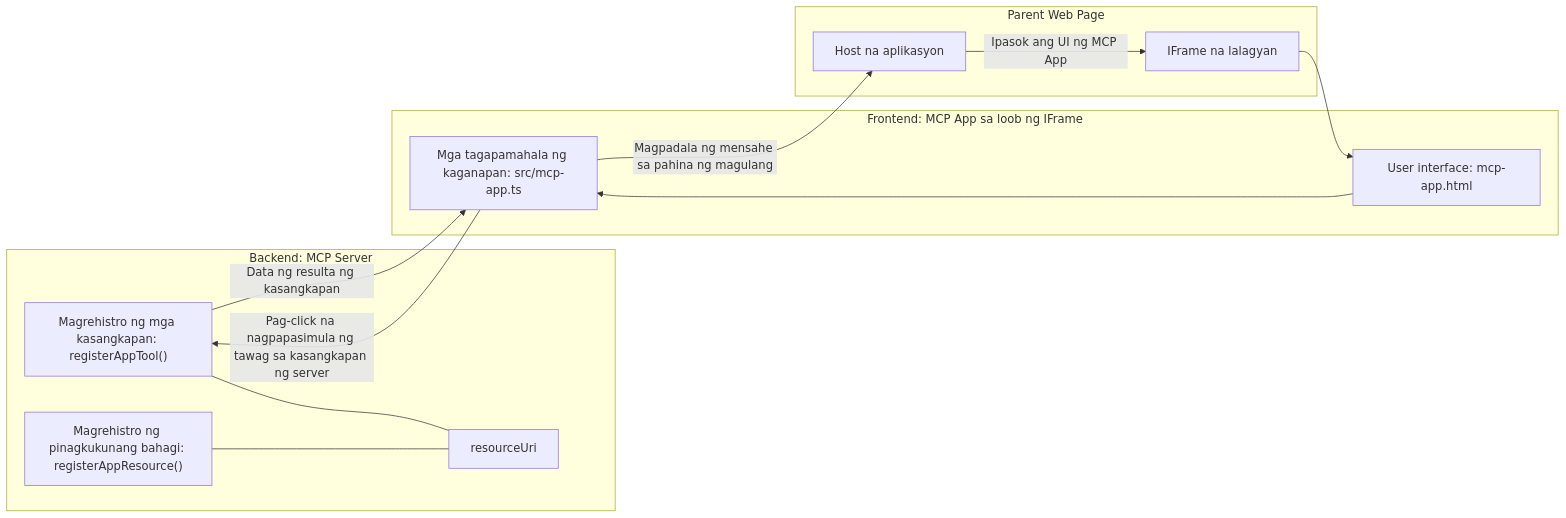
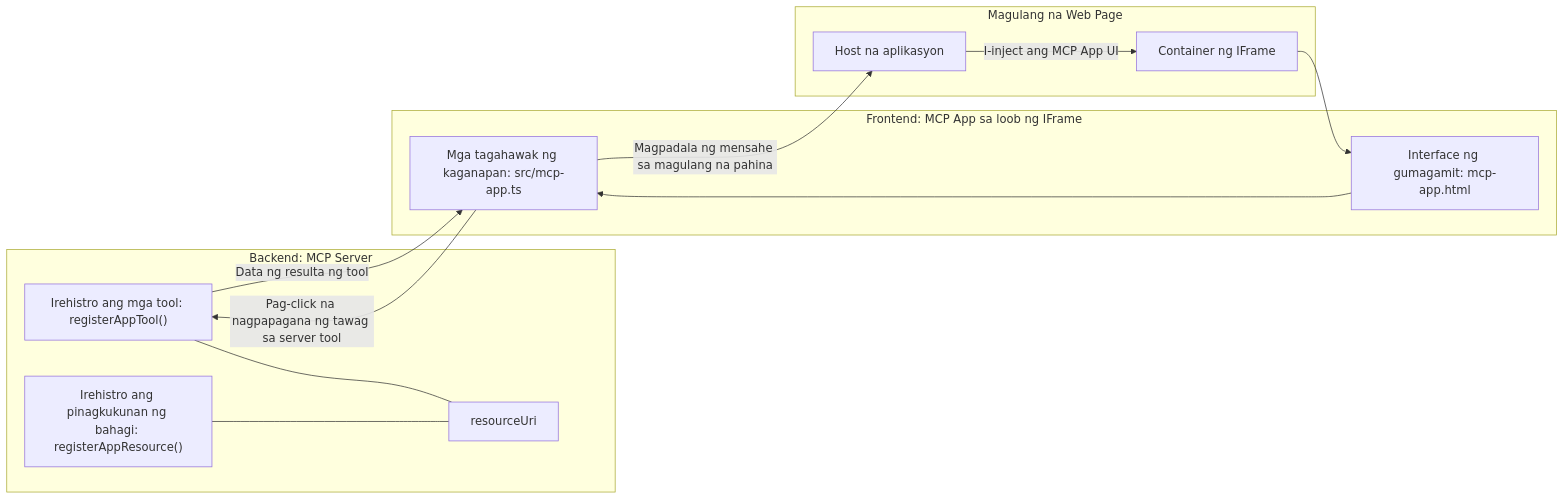
The diagram in mcp_ecosystem__model_context_protocol/mcp_learning_resources/mcp-for-beginners/translations/tl/03-GettingStarted/15-mcp-apps/README.md (HIDORAKAI002/ai-workspace-archive), drawn with Mermaid before and after one commit. The commit also changed other lines of this file and 1160 other files, not shown here.

````diff
--- a/mcp_ecosystem__model_context_protocol/mcp_learning_resources/mcp-for-beginners/translations/tl/03-GettingStarted/15-mcp-apps/README.md
+++ b/mcp_ecosystem__model_context_protocol/mcp_learning_resources/mcp-for-beginners/translations/tl/03-GettingStarted/15-mcp-apps/README.md
@@ -32,27 +32,27 @@
 ```mermaid
 flowchart LR
   subgraph Backend[Backend: MCP Server]
-    T["Magrehistro ng mga kasangkapan: registerAppTool()"]
-    C["Magrehistro ng pinagkukunang bahagi: registerAppResource()"]
+    T["Irehistro ang mga tool: registerAppTool()"]
+    C["Irehistro ang pinagkukunan ng bahagi: registerAppResource()"]
     U[resourceUri]
     T --- U
     C --- U
   end
 
-  subgraph Parent[Parent Web Page]
+  subgraph Parent[Magulang na Web Page]
     H[Host na aplikasyon]
-    IFRAME[IFrame na lalagyan]
-    H -->|Ipasok ang UI ng MCP App| IFRAME
+    IFRAME[Container ng IFrame]
+    H -->|I-inject ang MCP App UI| IFRAME
   end
 
   subgraph Frontend[Frontend: MCP App sa loob ng IFrame]
-    UI["User interface: mcp-app.html"]
-    EH["Mga tagapamahala ng kaganapan: src/mcp-app.ts"]
+    UI["Interface ng gumagamit: mcp-app.html"]
+    EH["Mga tagahawak ng kaganapan: src/mcp-app.ts"]
     UI --> EH
   end
 
   IFRAME --> UI
-  EH -->|Pag-click na nagpapasimula ng tawag sa kasangkapan ng server| T
-  T -->|Data ng resulta ng kasangkapan| EH
-  EH -->|Magpadala ng mensahe sa pahina ng magulang| H
-```  
+  EH -->|Pag-click na nagpapagana ng tawag sa server tool| T
+  T -->|Data ng resulta ng tool| EH
+  EH -->|Magpadala ng mensahe sa magulang na pahina| H
+```
````
